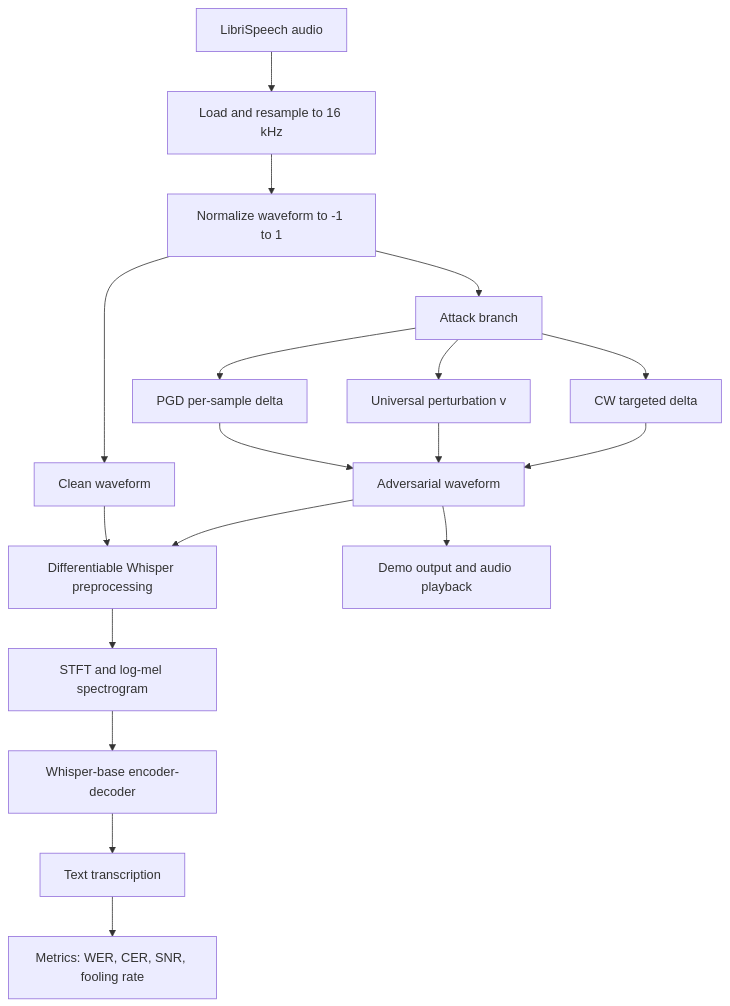
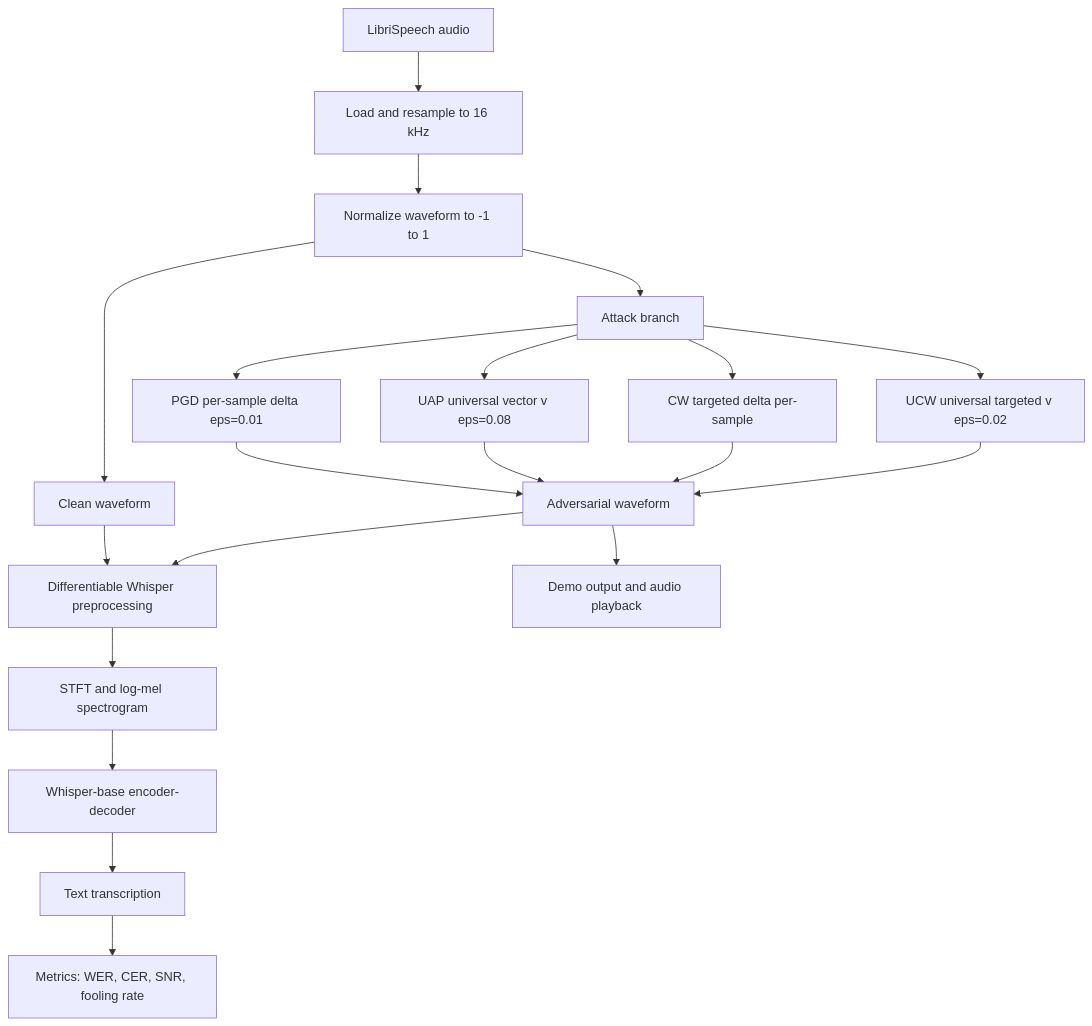
The diagram in Tech_Report.md (victorhg/aai-590-capstone), drawn with Mermaid before and after one commit. The commit also changed other lines of this file and 11 other files, not shown here.

````diff
--- a/Tech_Report.md
+++ b/Tech_Report.md
@@ -71,20 +73,22 @@
 ```mermaid
 flowchart TD
 	A[LibriSpeech audio] --> B[Load and resample to 16 kHz]
 	B --> C[Normalize waveform to -1 to 1]
 	C --> D[Attack branch]
-	D --> D1[PGD per-sample delta]
-	D --> D2[Universal perturbation v]
-	D --> D3[CW targeted delta]
+	D --> D1[PGD per-sample delta eps=0.01]
+	D --> D2[UAP universal vector v eps=0.08]
+	D --> D3[CW targeted delta per-sample]
+	D --> D4[UCW universal targeted v eps=0.02]
 	D1 --> E[Adversarial waveform]
 	D2 --> E
 	D3 --> E
+	D4 --> E
 	C --> F[Clean waveform]
 	F --> G[Differentiable Whisper preprocessing]
 	E --> G
 	G --> H[STFT and log-mel spectrogram]
 	H --> I[Whisper-base encoder-decoder]
 	I --> J[Text transcription]
 	J --> K[Metrics: WER, CER, SNR, fooling rate]
 	E --> L[Demo output and audio playback]
 ```
````
